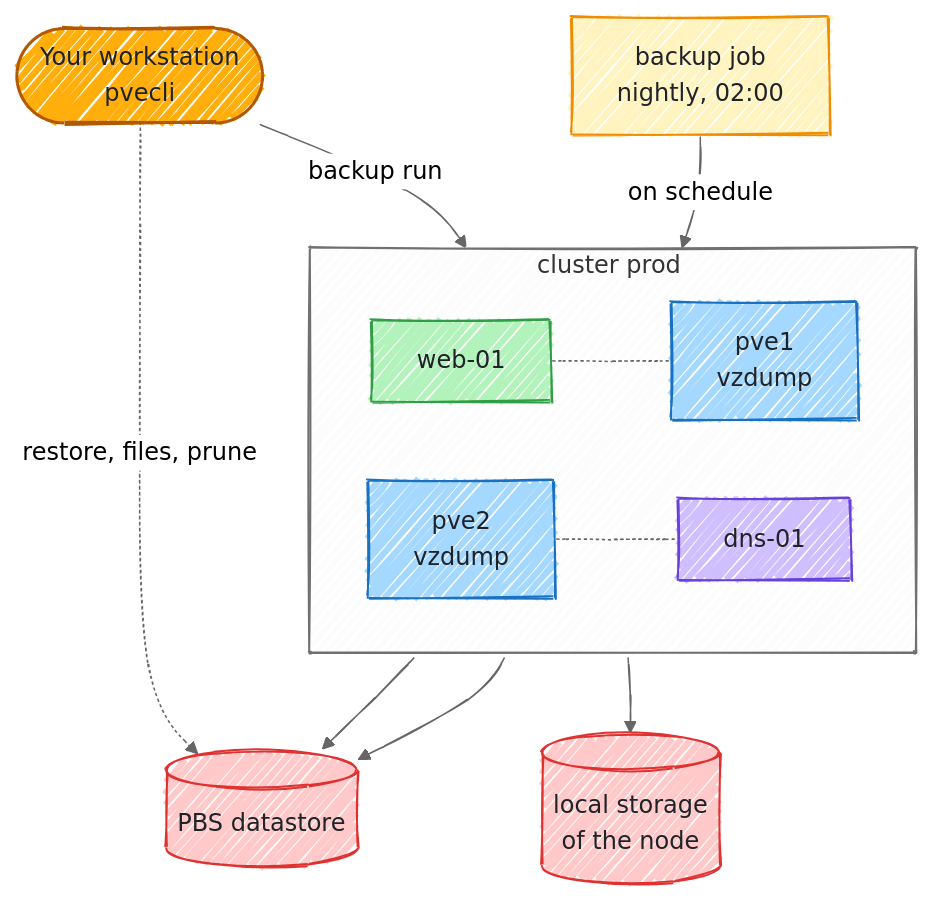
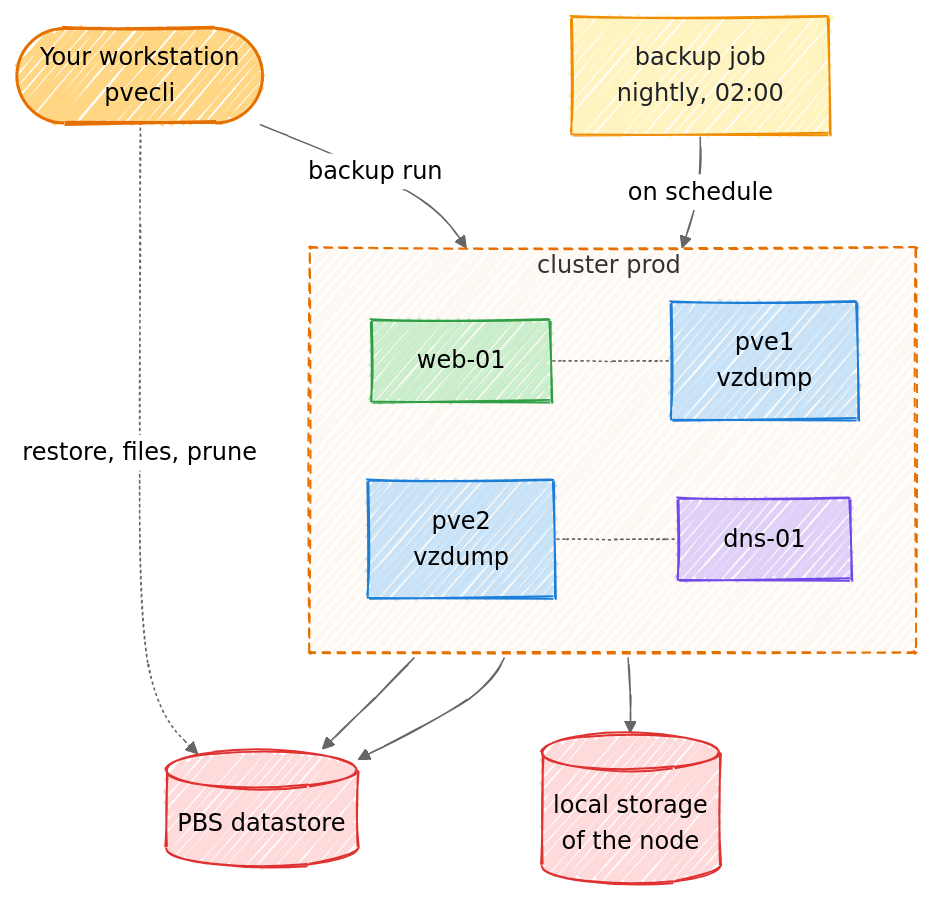
The diagram in docs/backups/index.md (Helphyy/pvecli), drawn with Mermaid (neutral theme) before and after one commit. The commit also changed 7 other files, not shown here.

````diff
--- a/docs/backups/index.md
+++ b/docs/backups/index.md
@@ -15,29 +15,31 @@
 ```mermaid
 ---
 config:
   look: handDrawn
   flowchart:
     curve: basis
 ---
 flowchart TB
   you(["Your workstation<br/>pvecli"]):::pv
   job["backup job<br/>nightly, 02:00"]:::job
   subgraph prod ["cluster prod#nbsp;"]
     direction LR
     vm1["web-01"]:::vm -.- p1["pve1<br/>vzdump"]:::host
     p2["pve2<br/>vzdump"]:::host -.- ct1["dns-01"]:::ct
   end
   you -- "backup run" --> p1
   job -- "on schedule" --> p2
   p1 --> pbs[("PBS datastore")]:::store
   p2 --> pbs
   p2 --> loc[("local storage<br/>of the node")]:::store
   you -. "restore, files, prune" .-> pbs
 
-  classDef pv fill:#ffae0b,stroke:#b35800,color:#1f2328,stroke-width:2px
-  classDef host fill:#a5d8ff,stroke:#1971c2,color:#1f2328
-  classDef vm fill:#b2f2bb,stroke:#2f9e44,color:#1f2328
-  classDef ct fill:#d0bfff,stroke:#6741d9,color:#1f2328
-  classDef store fill:#ffc9c9,stroke:#e03131,color:#1f2328
+  classDef pv fill:#ffae0b80,stroke:#e57000,stroke-width:2px
+  classDef host fill:#4dabf74d,stroke:#1c7ed6
+  classDef vm fill:#51cf664d,stroke:#2f9e44
+  classDef ct fill:#9775fa4d,stroke:#7048e8
+  classDef store fill:#ff6b6b40,stroke:#e03131
   classDef job fill:#fff3bf,stroke:#f08c00,color:#1f2328
+  classDef zone fill:#e570000d,stroke:#e57000,stroke-dasharray:6 4
+  class prod zone
 ```
````
